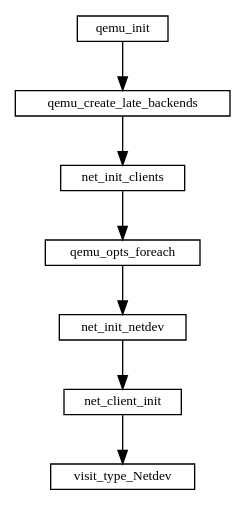
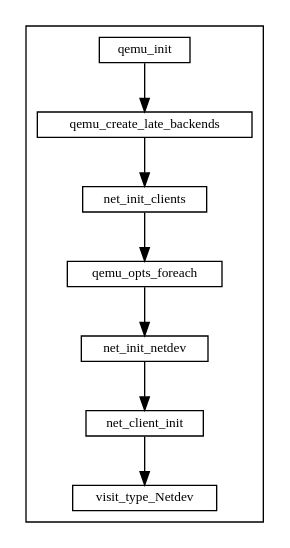
One commit to sisyphus1212/note changed the diagram in qemu/qemu vhost_user的初始化逻辑.md. Above: the diagram before and after it, drawn with Graphviz.

Commit message:
auto_update

````diff
--- a/qemu/qemu vhost_user的初始化逻辑.md
+++ b/qemu/qemu vhost_user的初始化逻辑.md
@@ -13,16 +13,19 @@
 ```graphviz
 digraph {
 fontname="Helvetica,Arial,sans-serif"
 //node [fontname="Helvetica,Arial,sans-serif"]
 //edge [fontname="Helvetica,Arial,sans-serif"]
 //rankdir="LR"
 node [fontsize=10, shape=record, height=0.25]
 edge [fontsize=10]
-qemu_init -> qemu_create_late_backends
-          -> net_init_clients
-          -> qemu_opts_foreach
-          -> net_init_netdev
-          -> net_client_init
-          -> visit_type_Netdev
+  subgraph send {
+    cluster=true;
+    qemu_init -> qemu_create_late_backends
+              -> net_init_clients
+              -> qemu_opts_foreach
+              -> net_init_netdev
+              -> net_client_init
+              -> visit_type_Netdev
+  }
 }
 ```
````
